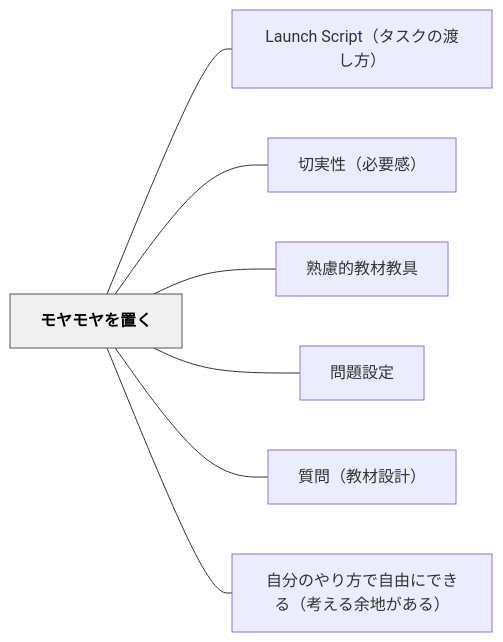
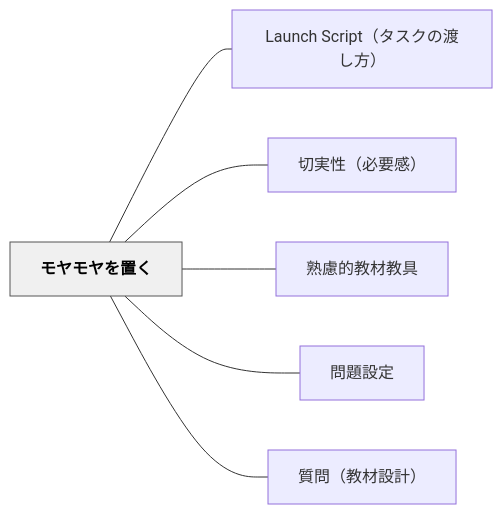
Before and after one commit to unknownthings-ed-patterns/unknownthings-ed-patterns: the diagram in content/パタン/モヤモヤを置く.md, drawn with Mermaid. The commit also changed other lines of this file and 34 other files, not shown here.

````diff
--- a/content/パタン/モヤモヤを置く.md
+++ b/content/パタン/モヤモヤを置く.md
@@ -47,20 +48,18 @@
 ```mermaid
 flowchart LR
     ne383a2e383a4e383a2e383a4e38292e7bdaee3818f["モヤモヤを置く"]
     n4c61756e636820536372697074efbc88e382bfe382b9e382afe381aee6b8a1e38197e696b9efbc89["Launch Script（タスクの渡し方）"]
     ne58887e5ae9fe680a7efbc88e5bf85e8a681e6849fefbc89["切実性（必要感）"]
     ne7869fe685aee79a84e69599e69d90e69599e585b7["熟慮的教材教具"]
     ne5958fe9a18ce8a8ade5ae9a["問題設定"]
     ne8b3aae5958fefbc88e69599e69d90e8a8ade8a888efbc89["質問（教材設計）"]
-    ne887aae58886e381aee38284e3828ae696b9e381a7e887aae794b1e381abe381a7e3818de3828befbc88e88083e38188e3828be4bd99e59cb0e3818ce38182e3828befbc89["自分のやり方で自由にできる（考える余地がある）"]
 
     ne383a2e383a4e383a2e383a4e38292e7bdaee3818f --- n4c61756e636820536372697074efbc88e382bfe382b9e382afe381aee6b8a1e38197e696b9efbc89
     ne383a2e383a4e383a2e383a4e38292e7bdaee3818f --- ne58887e5ae9fe680a7efbc88e5bf85e8a681e6849fefbc89
     ne383a2e383a4e383a2e383a4e38292e7bdaee3818f --- ne7869fe685aee79a84e69599e69d90e69599e585b7
     ne383a2e383a4e383a2e383a4e38292e7bdaee3818f --- ne5958fe9a18ce8a8ade5ae9a
     ne383a2e383a4e383a2e383a4e38292e7bdaee3818f --- ne8b3aae5958fefbc88e69599e69d90e8a8ade8a888efbc89
-    ne383a2e383a4e383a2e383a4e38292e7bdaee3818f --- ne887aae58886e381aee38284e3828ae696b9e381a7e887aae794b1e381abe381a7e3818de3828befbc88e88083e38188e3828be4bd99e59cb0e3818ce38182e3828befbc89
 
     classDef hub fill:#f0f0f0,stroke:#555,color:#000,font-weight:bold
     class ne383a2e383a4e383a2e383a4e38292e7bdaee3818f hub
 ```
````
